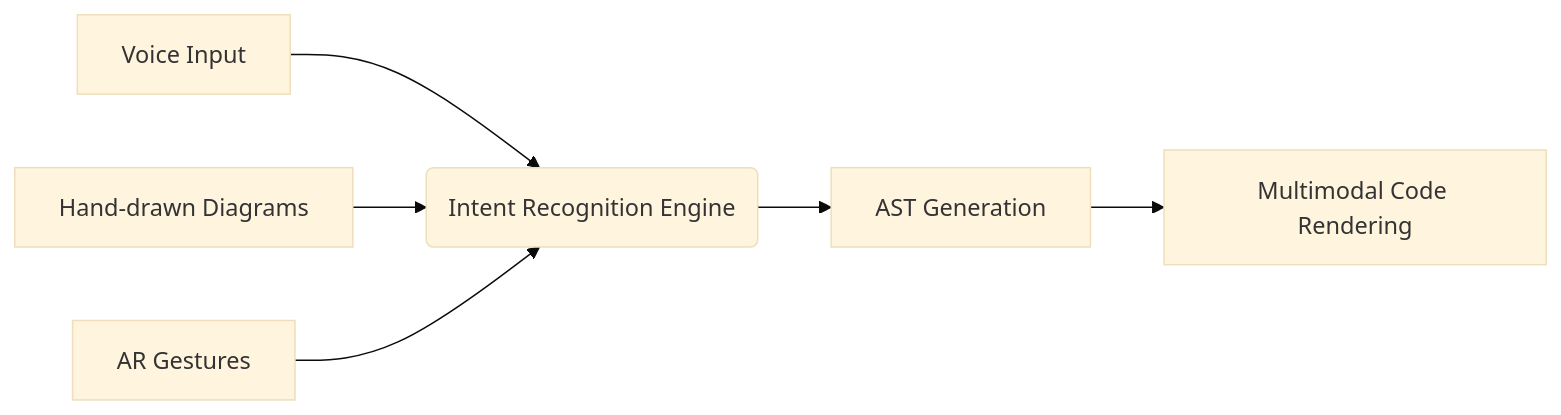
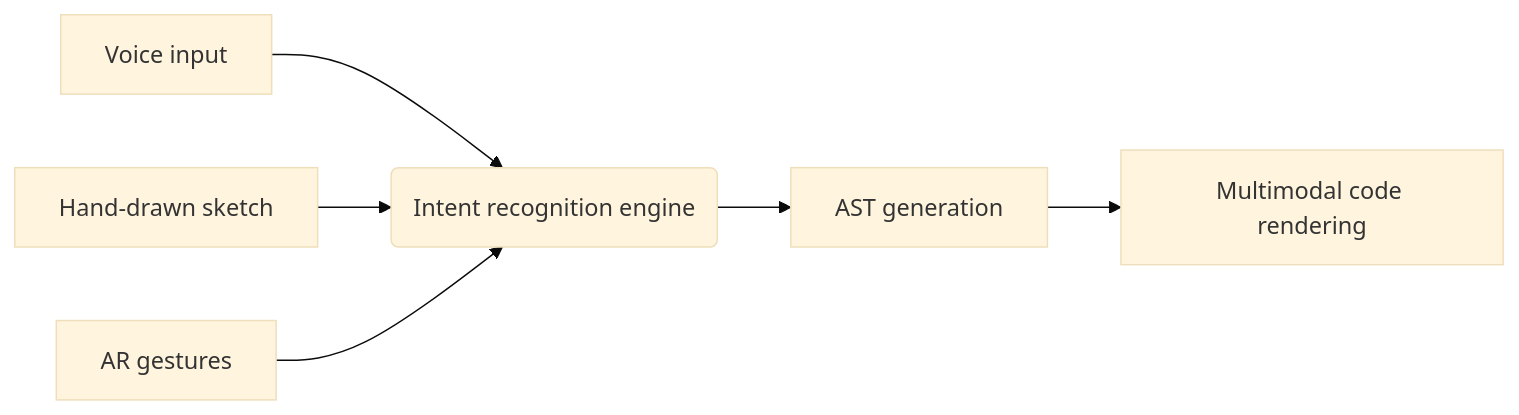
Before and after one commit to entropy-cloud/nop-entropy: the diagram in docs-en/theory/next-generation-lang.md, drawn with Mermaid (base theme). The commit also changed other lines of this file and 562 other files, not shown here.

````diff
--- a/docs-en/theory/next-generation-lang.md
+++ b/docs-en/theory/next-generation-lang.md
@@ -443,8 +352,8 @@
 ```mermaid
 graph LR
-  A[Voice Input] --> B(Intent Recognition Engine)
-  C[Hand-drawn Diagrams] --> B
-  D[AR Gestures] --> B
-  B --> E[AST Generation]
-  E --> F[Multimodal Code Rendering]
+  A[Voice input] --> B(Intent recognition engine)
+  C[Hand-drawn sketch] --> B
+  D[AR gestures] --> B
+  B --> E[AST generation]
+  E --> F[Multimodal code rendering]
 ```
````
